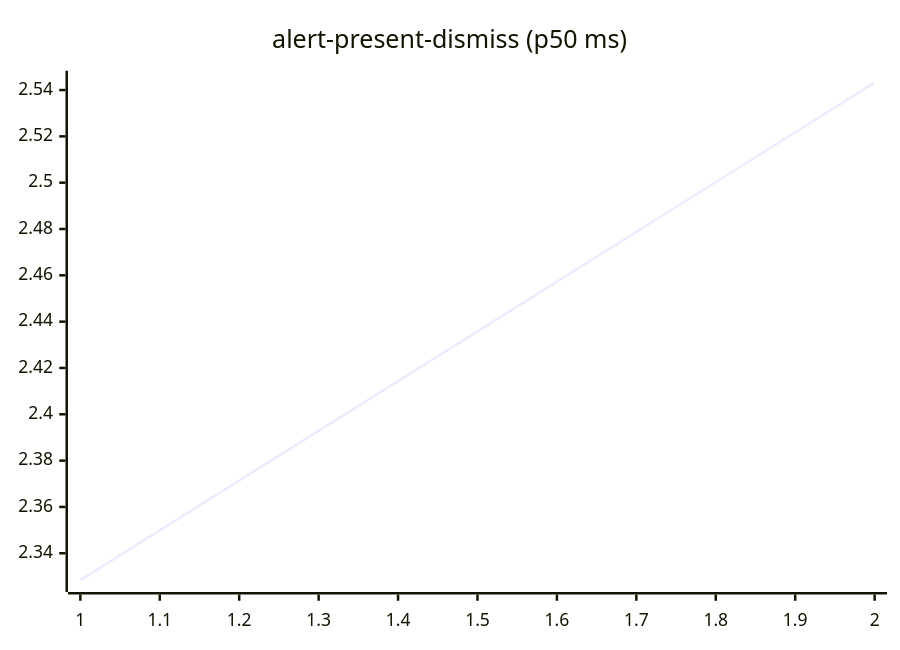
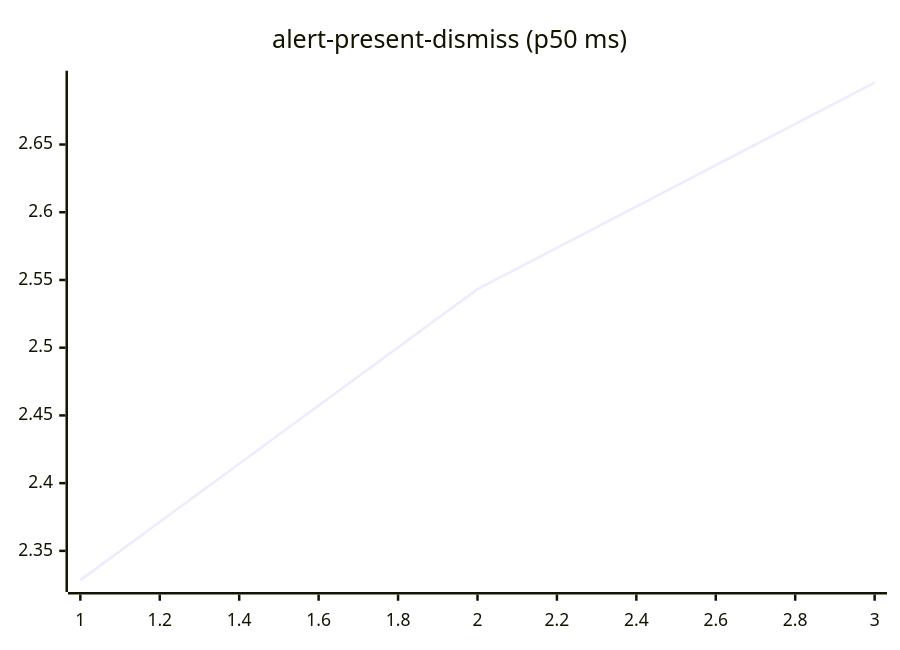
One commit to josha/Facet changed the second of 27 diagrams in README.md. Above: the diagram before and after it, drawn with Mermaid. The commit also changed other lines of this file and 2 other files, not shown here.

````diff
--- a/README.md
+++ b/README.md
@@ -70,6 +70,6 @@
 ```mermaid
 xychart-beta
     title "alert-present-dismiss (p50 ms)"
-    x-axis 1 --> 2
-    line [2.3284, 2.5432]
+    x-axis 1 --> 3
+    line [2.3284, 2.5432, 2.6957]
 ```
````
